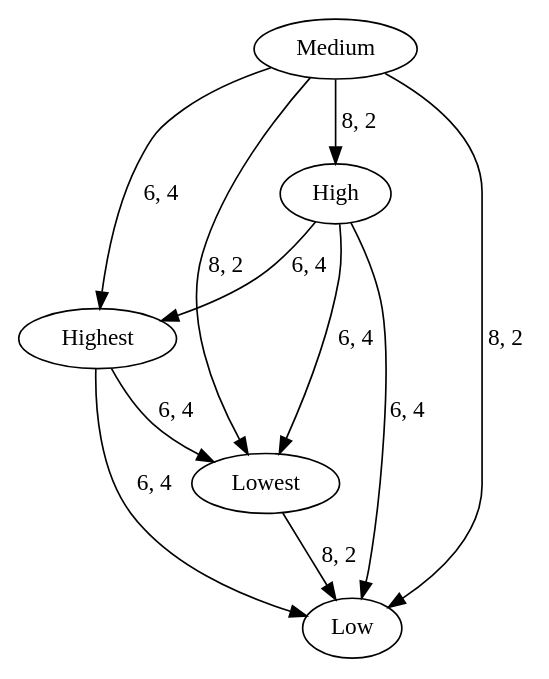
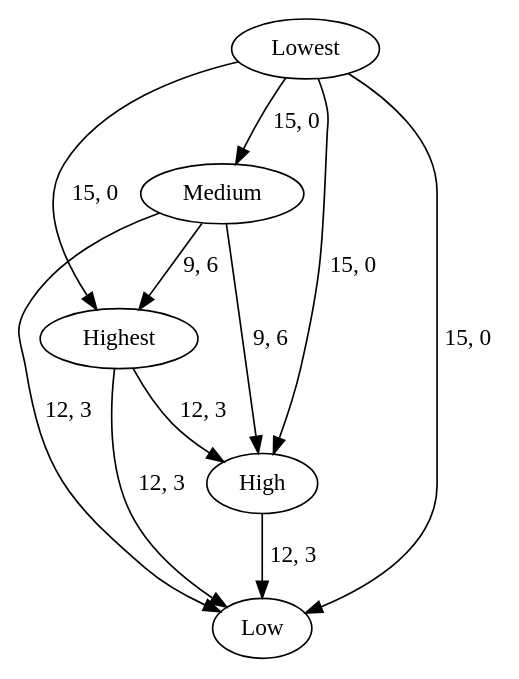
One commit to efair4/CS5110 changed the diagram in Program3/graphImages/sameWeightPref.gv. Above: the diagram before and after it, drawn with Graphviz. The commit also changed 9 other files, not shown here.

```diff
--- a/Program3/graphImages/sameWeightPref.gv
+++ b/Program3/graphImages/sameWeightPref.gv
@@ -1,17 +1,17 @@
 digraph {
 	Highest
 	High
 	Medium
 	Low
 	Lowest
-	High -> Highest [label="6, 4" weight=6]
-	Medium -> Highest [label="6, 4" weight=6]
-	Highest -> Low [label="6, 4" weight=6]
-	Highest -> Lowest [label="6, 4" weight=6]
-	Medium -> High [label="8, 2" weight=8]
-	High -> Low [label="6, 4" weight=6]
-	High -> Lowest [label="6, 4" weight=6]
-	Medium -> Low [label="8, 2" weight=8]
-	Medium -> Lowest [label="8, 2" weight=8]
-	Lowest -> Low [label="8, 2" weight=8]
+	Highest -> High [label="12, 3" weight=12]
+	Medium -> Highest [label="9, 6" weight=9]
+	Highest -> Low [label="12, 3" weight=12]
+	Lowest -> Highest [label="15, 0" weight=15]
+	Medium -> High [label="9, 6" weight=9]
+	High -> Low [label="12, 3" weight=12]
+	Lowest -> High [label="15, 0" weight=15]
+	Medium -> Low [label="12, 3" weight=12]
+	Lowest -> Medium [label="15, 0" weight=15]
+	Lowest -> Low [label="15, 0" weight=15]
 }
```
